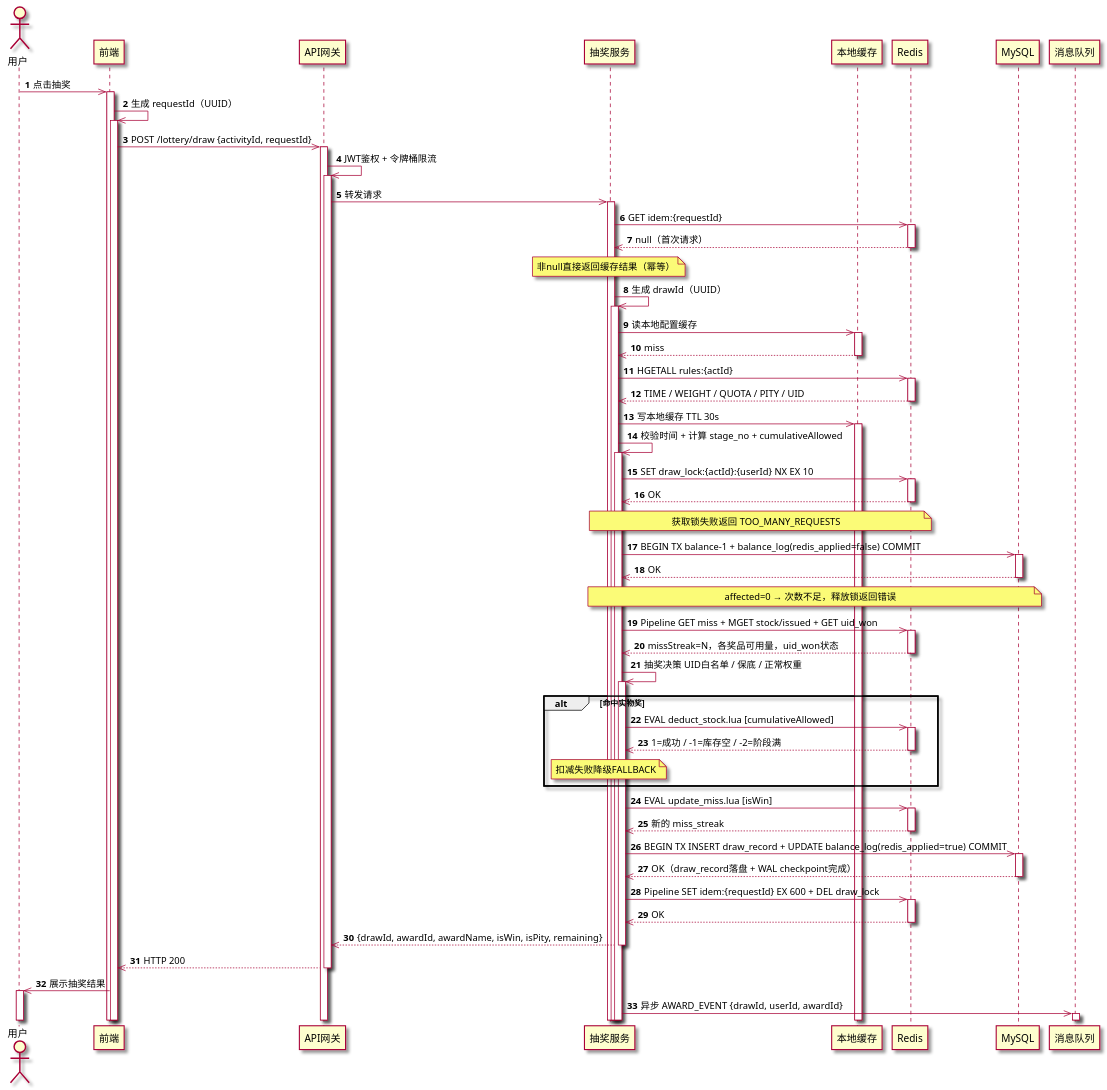
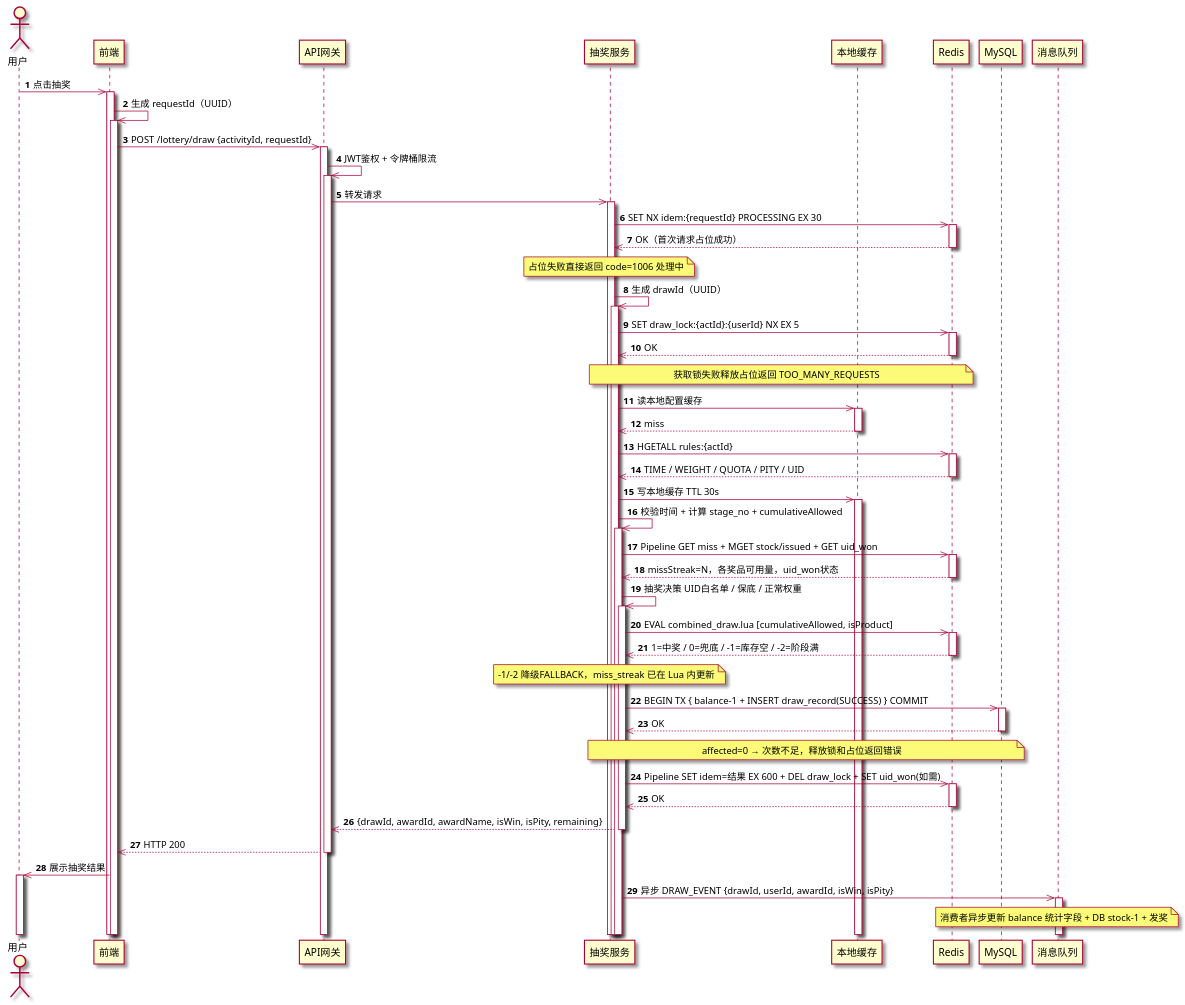
The diagram in src/main/java/uml/claude_code/lottery/draw.puml (HanyuKing/learn-jdk), drawn with PlantUML before and after one commit. The commit also changed 9 other files, not shown here.

```diff
--- a/src/main/java/uml/claude_code/lottery/draw.puml
+++ b/src/main/java/uml/claude_code/lottery/draw.puml
@@ -1,65 +1,58 @@
 @startuml
 skin rose
 autonumber
 autoactivate on
 actor U as "用户"
     participant FE as "前端"
     participant GW as "API网关"
     participant LS as "抽奖服务"
     participant LC as "本地缓存"
     participant RC as "Redis"
     participant DB as "MySQL"
     participant MQ as "消息队列"
 
     U->>FE: 点击抽奖
     FE->>FE: 生成 requestId（UUID）
     FE->>GW: POST /lottery/draw {activityId, requestId}
     GW->>GW: JWT鉴权 + 令牌桶限流
     GW->>LS: 转发请求
 
-    LS->>RC: GET idem:{requestId}
-    RC-->>LS: null（首次请求）
-    Note over LS: 非null直接返回缓存结果（幂等）
+    LS->>RC: SET NX idem:{requestId} PROCESSING EX 30
+    RC-->>LS: OK（首次请求占位成功）
+    Note over LS: 占位失败直接返回 code=1006 处理中
     LS->>LS: 生成 drawId（UUID）
+
+    LS->>RC: SET draw_lock:{actId}:{userId} NX EX 5
+    RC-->>LS: OK
+    Note over LS,RC: 获取锁失败释放占位返回 TOO_MANY_REQUESTS
 
     LS->>LC: 读本地配置缓存
     LC-->>LS: miss
     LS->>RC: HGETALL rules:{actId}
     RC-->>LS: TIME / WEIGHT / QUOTA / PITY / UID
     LS->>LC: 写本地缓存 TTL 30s
     LS->>LS: 校验时间 + 计算 stage_no + cumulativeAllowed
 
-    LS->>RC: SET draw_lock:{actId}:{userId} NX EX 10
-    RC-->>LS: OK
-    Note over LS,RC: 获取锁失败返回 TOO_MANY_REQUESTS
-
-    LS->>DB: BEGIN TX balance-1 + balance_log(redis_applied=false) COMMIT
-    DB-->>LS: OK
-    Note over LS,DB: affected=0 → 次数不足，释放锁返回错误
-
     LS->>RC: Pipeline GET miss + MGET stock/issued + GET uid_won
     RC-->>LS: missStreak=N，各奖品可用量，uid_won状态
 
     LS->>LS: 抽奖决策 UID白名单 / 保底 / 正常权重
 
-    alt 命中实物奖
-        LS->>RC: EVAL deduct_stock.lua [cumulativeAllowed]
-        RC-->>LS: 1=成功 / -1=库存空 / -2=阶段满
-        Note over LS: 扣减失败降级FALLBACK
-    end
+    LS->>RC: EVAL combined_draw.lua [cumulativeAllowed, isProduct]
+    RC-->>LS: 1=中奖 / 0=兜底 / -1=库存空 / -2=阶段满
+    Note over LS: -1/-2 降级FALLBACK，miss_streak 已在 Lua 内更新
 
-    LS->>RC: EVAL update_miss.lua [isWin]
-    RC-->>LS: 新的 miss_streak
+    LS->>DB: BEGIN TX { balance-1 + INSERT draw_record(SUCCESS) } COMMIT
+    DB-->>LS: OK
+    Note over LS,DB: affected=0 → 次数不足，释放锁和占位返回错误
 
-    LS->>DB: BEGIN TX INSERT draw_record + UPDATE balance_log(redis_applied=true) COMMIT
-    DB-->>LS: OK（draw_record落盘 + WAL checkpoint完成）
-
-    LS->>RC: Pipeline SET idem:{requestId} EX 600 + DEL draw_lock
+    LS->>RC: Pipeline SET idem=结果 EX 600 + DEL draw_lock + SET uid_won(如需)
     RC-->>LS: OK
 
     LS-->>GW: {drawId, awardId, awardName, isWin, isPity, remaining}
     GW-->>FE: HTTP 200
     FE->>U: 展示抽奖结果
 
-    LS->>MQ: 异步 AWARD_EVENT {drawId, userId, awardId}
+    LS->>MQ: 异步 DRAW_EVENT {drawId, userId, awardId, isWin, isPity}
+    Note over MQ: 消费者异步更新 balance 统计字段 + DB stock-1 + 发奖
 @enduml
```
